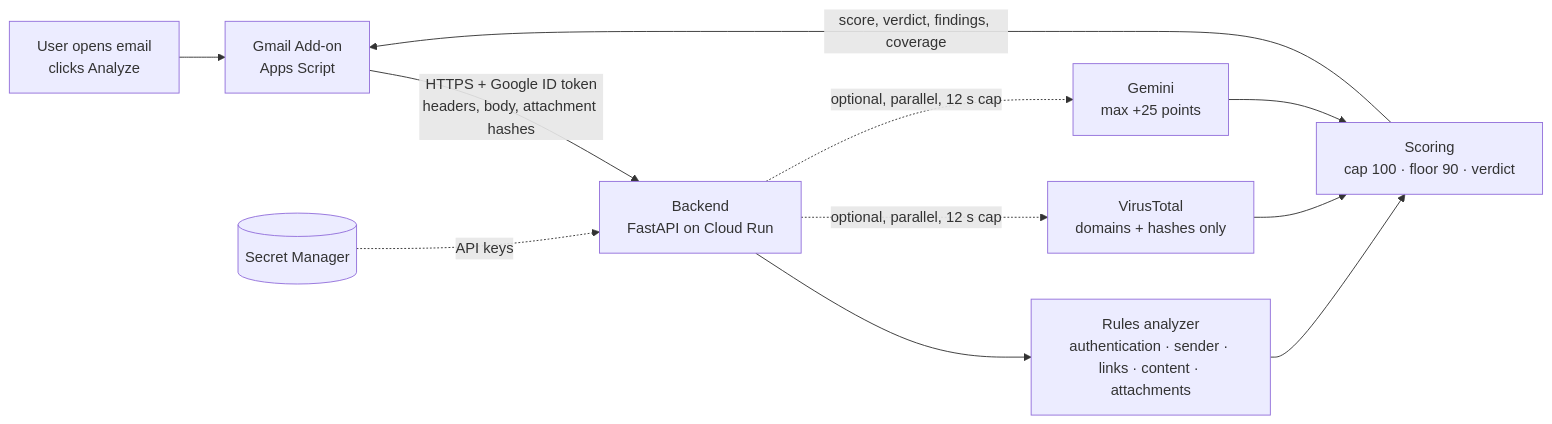
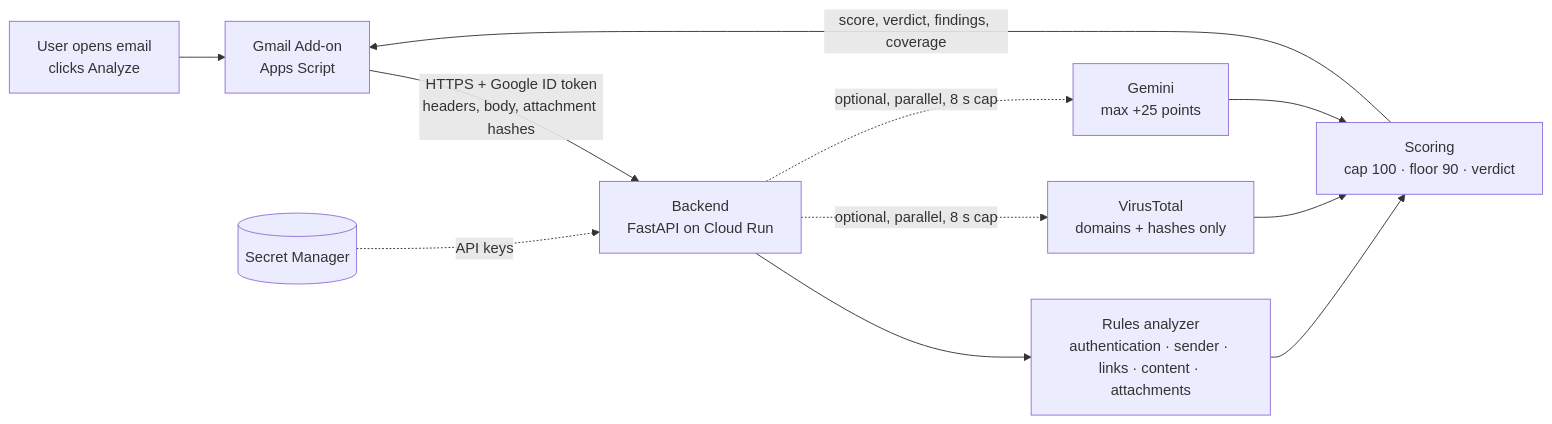
The diagram in README.md (stavalg/gmail-email-scorer), drawn with Mermaid before and after one commit. The commit also changed other lines of this file and 2 other files, not shown here.

First line of the commit message:
perf: optional-analyzer timeouts 6 s / 8 s, tuned from production latency

````diff
--- a/README.md
+++ b/README.md
@@ -67,13 +67,13 @@
 ```mermaid
 flowchart LR
   U[User opens email<br/>clicks Analyze] --> A[Gmail Add-on<br/>Apps Script]
   A -- "HTTPS + Google ID token<br/>headers, body, attachment hashes" --> B[Backend<br/>FastAPI on Cloud Run]
   B --> R[Rules analyzer<br/>authentication · sender · links · content · attachments]
-  B -. optional, parallel, 12 s cap .-> VT[VirusTotal<br/>domains + hashes only]
-  B -. optional, parallel, 12 s cap .-> AI[Gemini<br/>max +25 points]
+  B -. optional, parallel, 8 s cap .-> VT[VirusTotal<br/>domains + hashes only]
+  B -. optional, parallel, 8 s cap .-> AI[Gemini<br/>max +25 points]
   R --> S[Scoring<br/>cap 100 · floor 90 · verdict]
   VT --> S
   AI --> S
   S -- "score, verdict, findings, coverage" --> A
   SM[(Secret Manager)] -. API keys .-> B
 ```
````
